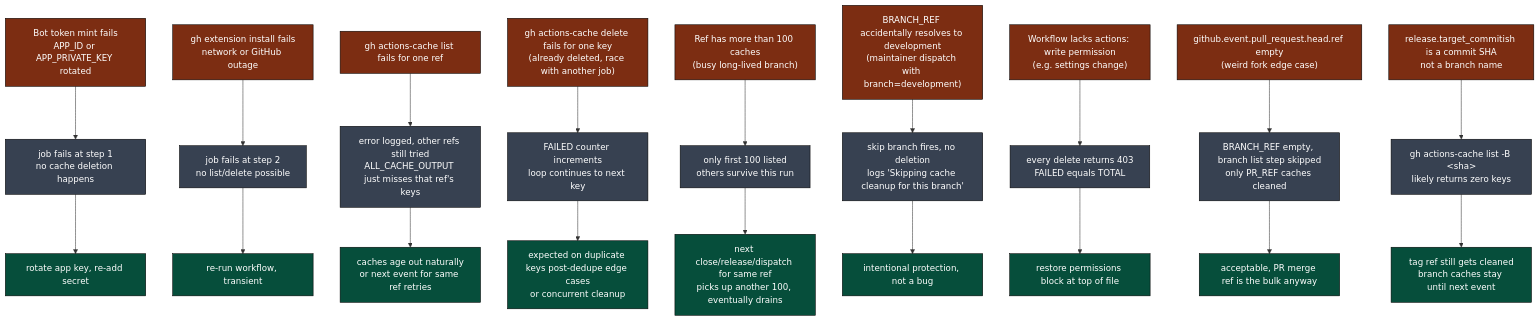
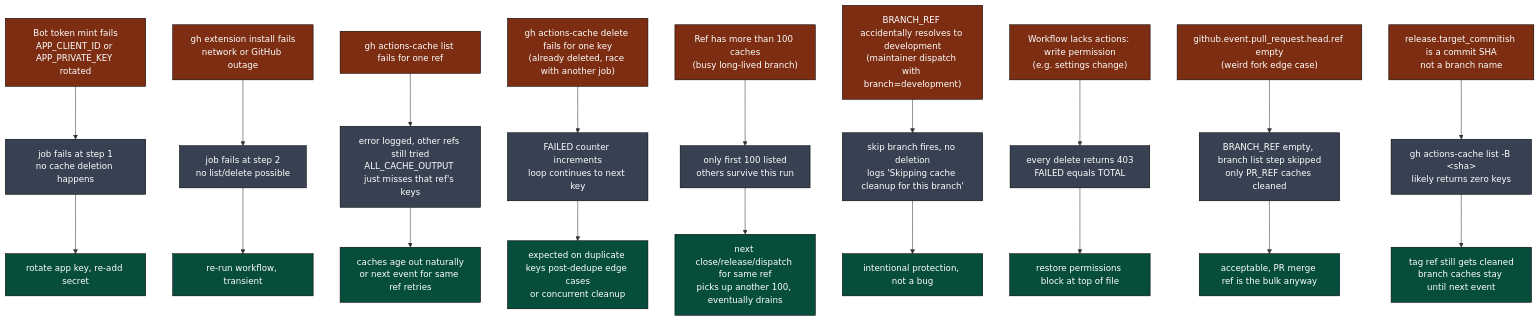
One commit to llm-exe/llm-exe changed diagram 11 of 12 in .github/docs/CACHE_CLEANUP_DEEP_DIVE.md. Above: the diagram before and after it, drawn with Mermaid. The commit also changed other lines of this file and 13 other files, not shown here.

Commit message:
fix: update references from APP_ID to APP_CLIENT_ID in documentation

````diff
--- a/.github/docs/CACHE_CLEANUP_DEEP_DIVE.md
+++ b/.github/docs/CACHE_CLEANUP_DEEP_DIVE.md
@@ -467,43 +467,43 @@
 ```mermaid
 flowchart TB
     classDef fail fill:#7c2d12,color:#fff,stroke:#000
     classDef effect fill:#374151,color:#fff,stroke:#000
     classDef fix fill:#064e3b,color:#fff,stroke:#000
 
-    F1["Bot token mint fails\nAPP_ID or APP_PRIVATE_KEY rotated"]:::fail
+    F1["Bot token mint fails\nAPP_CLIENT_ID or APP_PRIVATE_KEY rotated"]:::fail
     F1 --> F1E["job fails at step 1\nno cache deletion happens"]:::effect
     F1E --> F1X["rotate app key, re-add secret"]:::fix
 
     F2["gh extension install fails\nnetwork or GitHub outage"]:::fail
     F2 --> F2E["job fails at step 2\nno list/delete possible"]:::effect
     F2E --> F2X["re-run workflow, transient"]:::fix
 
     F3["gh actions-cache list fails for one ref"]:::fail
     F3 --> F3E["error logged, other refs still tried\nALL_CACHE_OUTPUT just misses that ref's keys"]:::effect
     F3E --> F3X["caches age out naturally\nor next event for same ref retries"]:::fix
 
     F4["gh actions-cache delete fails for one key\n(already deleted, race with another job)"]:::fail
     F4 --> F4E["FAILED counter increments\nloop continues to next key"]:::effect
     F4E --> F4X["expected on duplicate keys post-dedupe edge cases\nor concurrent cleanup"]:::fix
 
     F5["Ref has more than 100 caches\n(busy long-lived branch)"]:::fail
     F5 --> F5E["only first 100 listed\nothers survive this run"]:::effect
     F5X["next close/release/dispatch for same ref\npicks up another 100, eventually drains"]:::fix
     F5E --> F5X
 
     F6["BRANCH_REF accidentally resolves to development\n(maintainer dispatch with branch=development)"]:::fail
     F6 --> F6E["skip branch fires, no deletion\nlogs 'Skipping cache cleanup for this branch'"]:::effect
     F6E --> F6X["intentional protection, not a bug"]:::fix
 
     F7["Workflow lacks actions: write permission\n(e.g. settings change)"]:::fail
     F7 --> F7E["every delete returns 403\nFAILED equals TOTAL"]:::effect
     F7E --> F7X["restore permissions block at top of file"]:::fix
 
     F8["github.event.pull_request.head.ref empty\n(weird fork edge case)"]:::fail
     F8 --> F8E["BRANCH_REF empty, branch list step skipped\nonly PR_REF caches cleaned"]:::effect
     F8E --> F8X["acceptable, PR merge ref is the bulk anyway"]:::fix
 
     F9["release.target_commitish is a commit SHA\nnot a branch name"]:::fail
     F9 --> F9E["gh actions-cache list -B &lt;sha&gt;\nlikely returns zero keys"]:::effect
     F9E --> F9X["tag ref still gets cleaned\nbranch caches stay until next event"]:::fix
 ```
````
